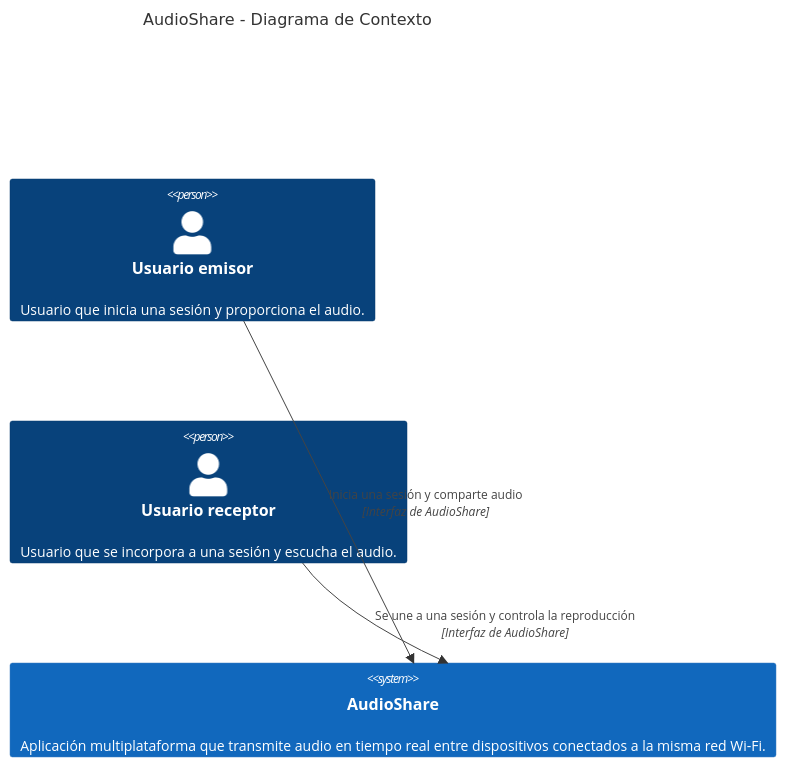
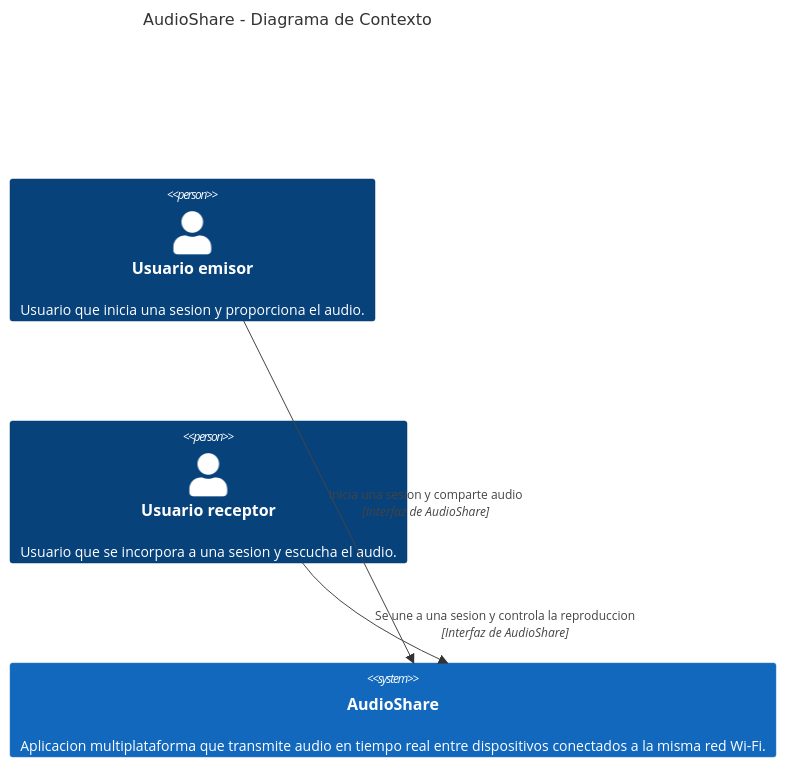
Before and after one commit to ISCOUTB/AS_202620_AudioShare: the diagram in docs/c4/context.mmd, drawn with Mermaid.

Commit message:
Contexto mmd

```diff
--- a/docs/c4/context.mmd
+++ b/docs/c4/context.mmd
@@ -1,14 +1,14 @@
 ---
 config:
   theme: default
 ---
 C4Context
 title AudioShare - Diagrama de Contexto
 
-Person(emisor, "Usuario emisor", "Usuario que inicia una sesión y proporciona el audio.")
-Person(receptor, "Usuario receptor", "Usuario que se incorpora a una sesión y escucha el audio.")
+Person(emisor, "Usuario emisor", "Usuario que inicia una sesion y proporciona el audio.")
+Person(receptor, "Usuario receptor", "Usuario que se incorpora a una sesion y escucha el audio.")
 
-System(audioShare, "AudioShare", "Aplicación multiplataforma que transmite audio en tiempo real entre dispositivos conectados a la misma red Wi-Fi.")
+System(audioShare, "AudioShare", "Aplicacion multiplataforma que transmite audio en tiempo real entre dispositivos conectados a la misma red Wi-Fi.")
 
-Rel(emisor, audioShare, "Inicia una sesión y comparte audio", "Interfaz de AudioShare")
-Rel(receptor, audioShare, "Se une a una sesión y controla la reproducción", "Interfaz de AudioShare")
+Rel(emisor, audioShare, "Inicia una sesion y comparte audio", "Interfaz de AudioShare")
+Rel(receptor, audioShare, "Se une a una sesion y controla la reproduccion", "Interfaz de AudioShare")
```
